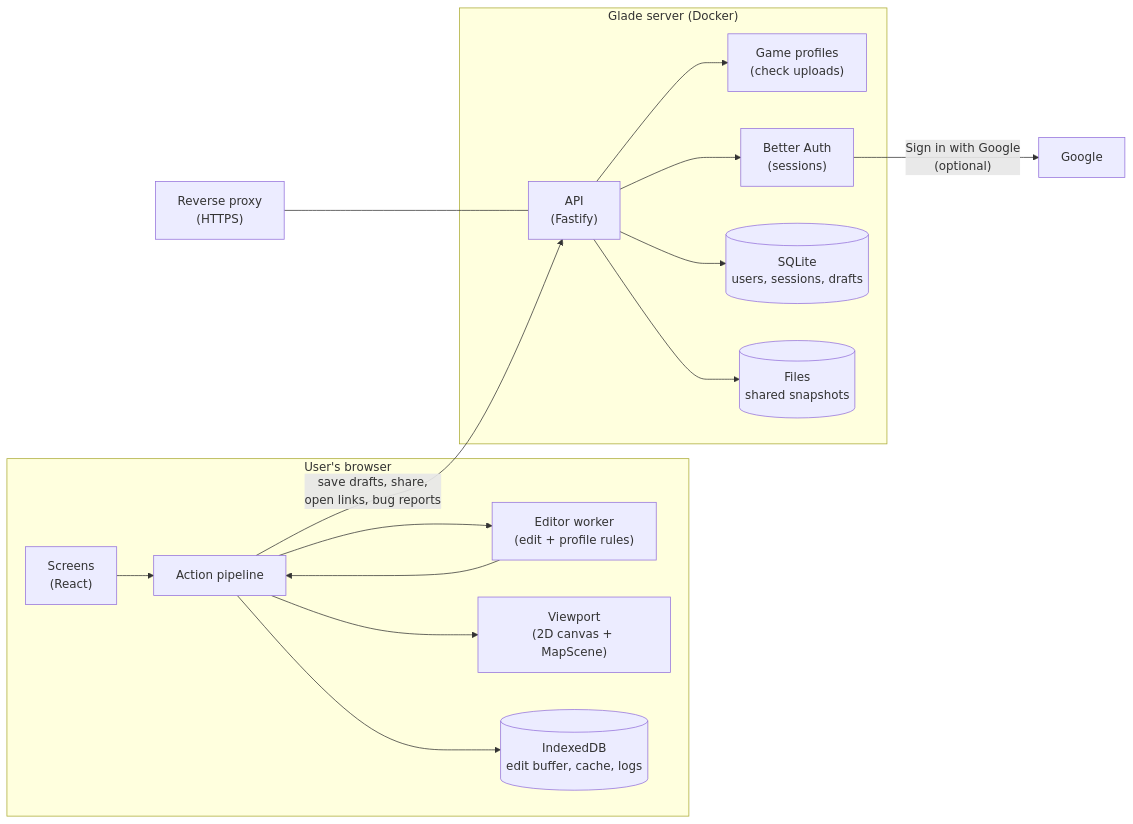
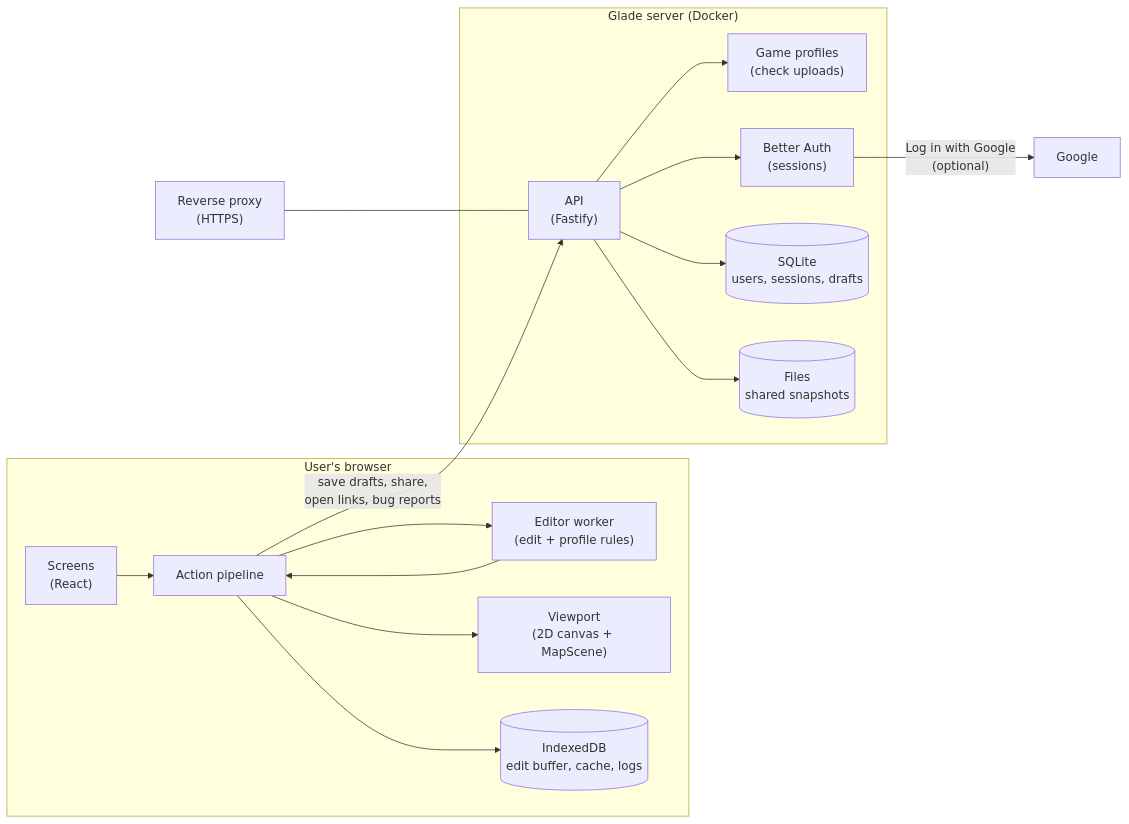
One commit to UmushiUmushi/Glade changed the first of 2 diagrams in docs/architecture.md. Above: the diagram before and after it, drawn with Mermaid. The commit also changed other lines of this file and 15 other files, not shown here.

````diff
--- a/docs/architecture.md
+++ b/docs/architecture.md
@@ -125,29 +125,29 @@
 ```mermaid
 flowchart LR
     subgraph Browser["User's browser"]
         UI["Screens<br/>(React)"]
         Pipe["Action pipeline"]
         Worker["Editor worker<br/>(edit + profile rules)"]
         Stage["Viewport<br/>(2D canvas + MapScene)"]
         IDB[("IndexedDB<br/>edit buffer, cache, logs")]
         UI --> Pipe
         Pipe --> Worker
         Worker --> Pipe
         Pipe --> Stage
         Pipe --> IDB
     end
     subgraph Server["Glade server (Docker)"]
         API["API<br/>(Fastify)"]
         Prof["Game profiles<br/>(check uploads)"]
         Auth["Better Auth<br/>(sessions)"]
         DB[("SQLite<br/>users, sessions, drafts")]
         Blobs[("Files<br/>shared snapshots")]
         API --> Prof
         API --> Auth
         API --> DB
         API --> Blobs
     end
     Pipe -- "save drafts, share,<br/>open links, bug reports" --> API
-    Auth -- "Sign in with Google<br/>(optional)" --> Google["Google"]
+    Auth -- "Log in with Google<br/>(optional)" --> Google["Google"]
     Proxy["Reverse proxy<br/>(HTTPS)"] --- API
 ```
````
